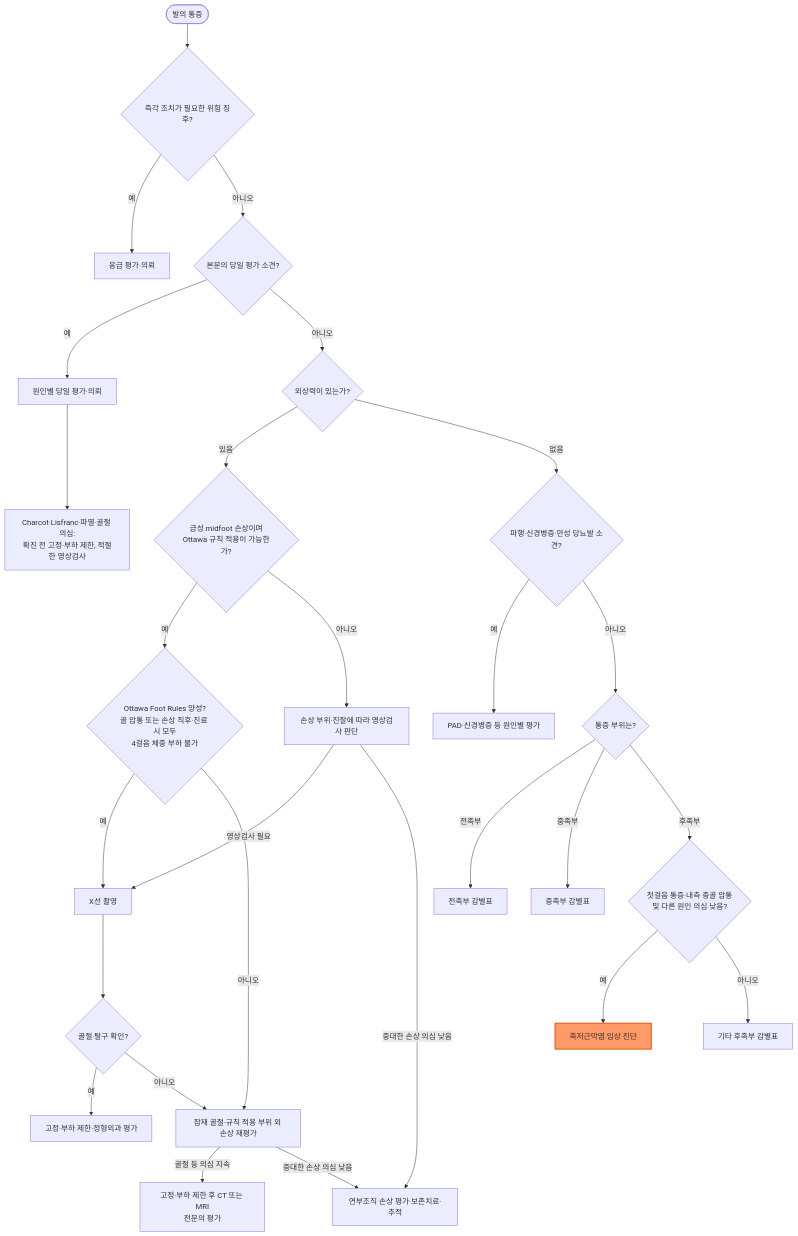
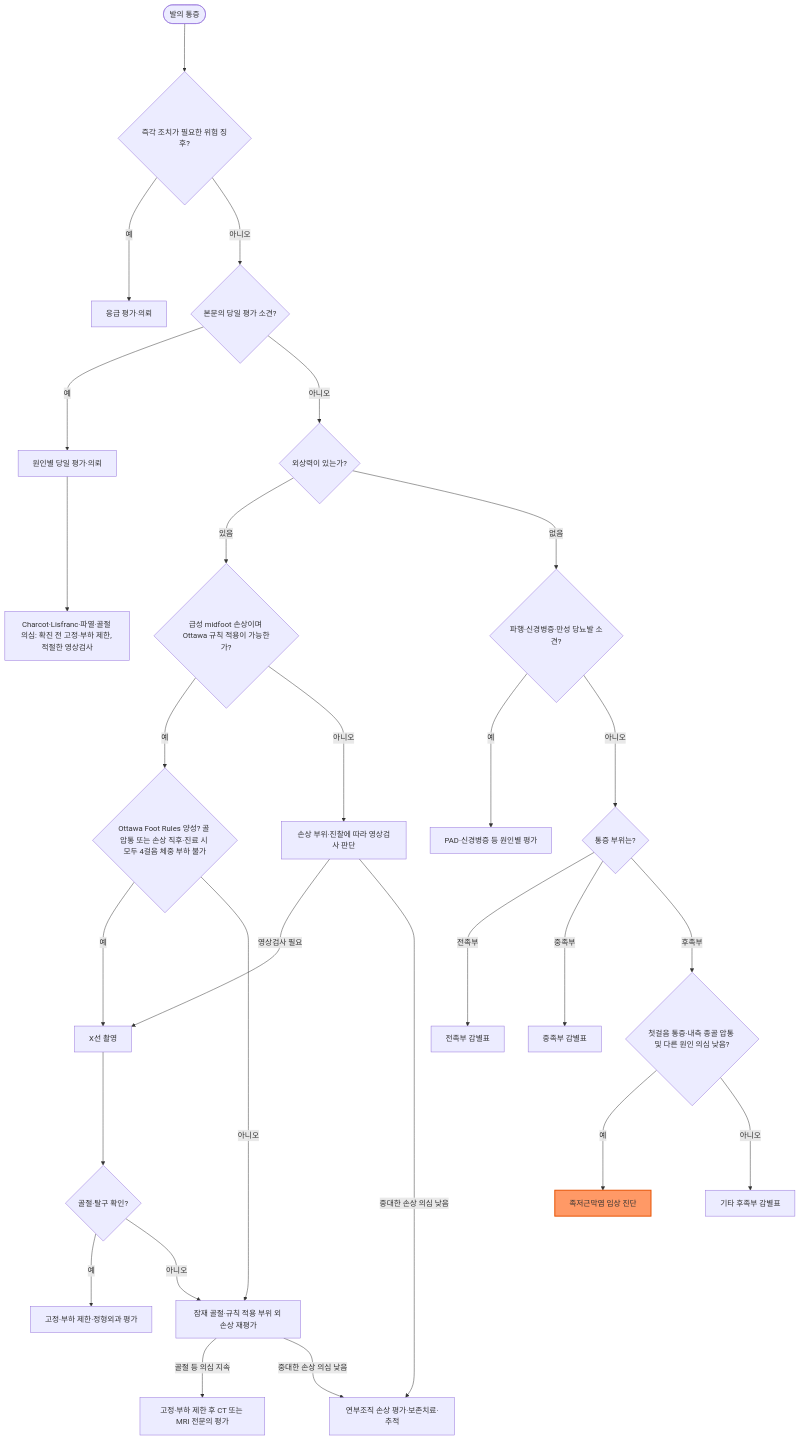
Before and after one commit to familyoh77/familyoh77: the diagram in 228_/146_-foot-pain.md, drawn with Mermaid. The commit also changed other lines of this file and 20 other files, not shown here.

````diff
--- a/228_/146_-foot-pain.md
+++ b/228_/146_-foot-pain.md
@@ -211,30 +221,30 @@
 ```mermaid
 graph TD
-    Start(["발의 통증"]) --> Red{"즉각 조치가 필요한 위험 징후?"}
-    Red -- 예 --> Urgent["응급 평가·의뢰"]
-    Red -- 아니오 --> Day{"본문의 당일 평가 소견?"}
-    Day -- 예 --> DayCare["원인별 당일 평가·의뢰"]
-    DayCare --> Protect["Charcot·Lisfranc·파열·골절 의심:<br>확진 전 고정·부하 제한, 적절한 영상검사"]
-    Day -- 아니오 --> Trauma{"외상력이 있는가?"}
-    Trauma -- 있음 --> TraumaEval{"급성 midfoot 손상이며<br>Ottawa 규칙 적용이 가능한가?"}
-    TraumaEval -- 예 --> Ottawa{"Ottawa Foot Rules 양성?<br>골 압통 또는 손상 직후·진료 시 모두<br>4걸음 체중 부하 불가"}
-    Ottawa -- 예 --> XR["X선 촬영"]
-    Ottawa -- 아니오 --> Recheck["잠재 골절·규칙 적용 부위 외 손상 재평가"]
-    TraumaEval -- 아니오 --> Clinical["손상 부위·진찰에 따라 영상검사 판단"]
-    Clinical -- 영상검사 필요 --> XR
-    Clinical -- 중대한 손상 의심 낮음 --> SoftTissue["연부조직 손상 평가·보존치료·추적"]
-    XR --> XResult{"골절·탈구 확인?"}
-    XResult -- 예 --> OrthoRef["고정·부하 제한·정형외과 평가"]
-    XResult -- 아니오 --> Recheck
-    Recheck -- 골절 등 의심 지속 --> Advanced["고정·부하 제한 후 CT 또는 MRI<br>전문의 평가"]
-    Recheck -- 중대한 손상 의심 낮음 --> SoftTissue
-    Trauma -- 없음 --> Vascular{"파행·신경병증·만성 당뇨발 소견?"}
-    Vascular -- 예 --> VascularEval["PAD·신경병증 등 원인별 평가"]
-    Vascular -- 아니오 --> Location{"통증 부위는?"}
-    Location -- 전족부 --> ForefootDx["전족부 감별표"]
-    Location -- 중족부 --> MidfootDx["중족부 감별표"]
-    Location -- 후족부 --> RearfootQ{"첫걸음 통증·내측 종골 압통<br>및 다른 원인 의심 낮음?"}
-    RearfootQ -- 예 --> PFDx["족저근막염 임상 진단"]
-    RearfootQ -- 아니오 --> OtherRear["기타 후족부 감별표"]
+    Start(["발의 통증"]) ---> Red{"즉각 조치가 필요한 위험 징후?"}
+    Red -- 예 ---> Urgent["응급 평가·의뢰"]
+    Red -- 아니오 ---> Day{"본문의 당일 평가 소견?"}
+    Day -- 예 ---> DayCare["원인별 당일 평가·의뢰"]
+    DayCare ---> Protect["Charcot·Lisfranc·파열·골절 의심: 확진 전 고정·부하 제한, 적절한 영상검사"]
+    Day -- 아니오 ---> Trauma{"외상력이 있는가?"}
+    Trauma -- 있음 ---> TraumaEval{"급성 midfoot 손상이며 Ottawa 규칙 적용이 가능한가?"}
+    TraumaEval -- 예 ---> Ottawa{"Ottawa Foot Rules 양성? 골 압통 또는 손상 직후·진료 시 모두 4걸음 체중 부하 불가"}
+    Ottawa -- 예 ---> XR["X선 촬영"]
+    Ottawa -- 아니오 ---> Recheck["잠재 골절·규칙 적용 부위 외 손상 재평가"]
+    TraumaEval -- 아니오 ---> Clinical["손상 부위·진찰에 따라 영상검사 판단"]
+    Clinical -- 영상검사 필요 ---> XR
+    Clinical -- 중대한 손상 의심 낮음 ---> SoftTissue["연부조직 손상 평가·보존치료·추적"]
+    XR ---> XResult{"골절·탈구 확인?"}
+    XResult -- 예 ---> OrthoRef["고정·부하 제한·정형외과 평가"]
+    XResult -- 아니오 ---> Recheck
+    Recheck -- 골절 등 의심 지속 ---> Advanced["고정·부하 제한 후 CT 또는 MRI 전문의 평가"]
+    Recheck -- 중대한 손상 의심 낮음 ---> SoftTissue
+    Trauma -- 없음 ---> Vascular{"파행·신경병증·만성 당뇨발 소견?"}
+    Vascular -- 예 ---> VascularEval["PAD·신경병증 등 원인별 평가"]
+    Vascular -- 아니오 ---> Location{"통증 부위는?"}
+    Location -- 전족부 ---> ForefootDx["전족부 감별표"]
+    Location -- 중족부 ---> MidfootDx["중족부 감별표"]
+    Location -- 후족부 ---> RearfootQ{"첫걸음 통증·내측 종골 압통 및 다른 원인 의심 낮음?"}
+    RearfootQ -- 예 ---> PFDx["족저근막염 임상 진단"]
+    RearfootQ -- 아니오 ---> OtherRear["기타 후족부 감별표"]
     style PFDx fill:#f96,stroke:#e65100,stroke-width:2px
 ```
````
